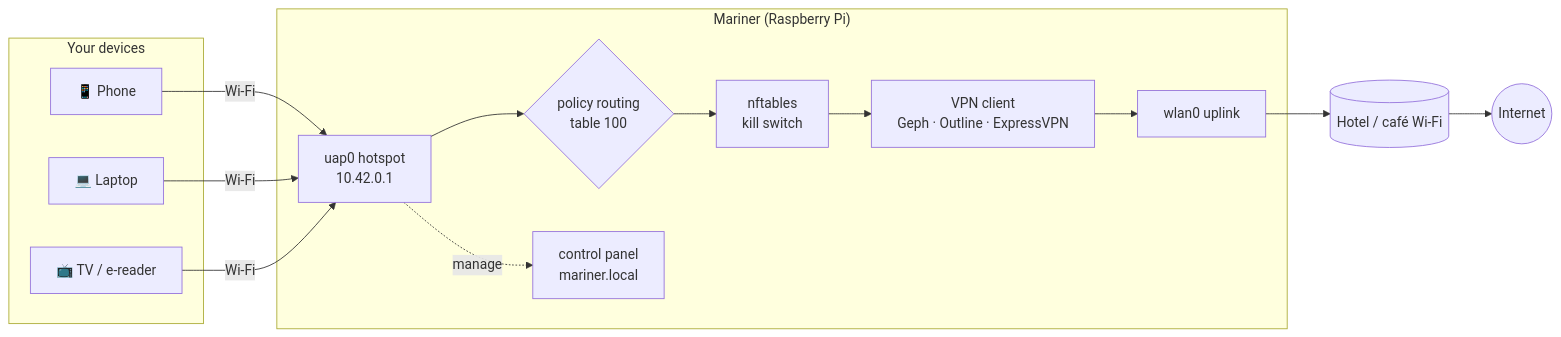
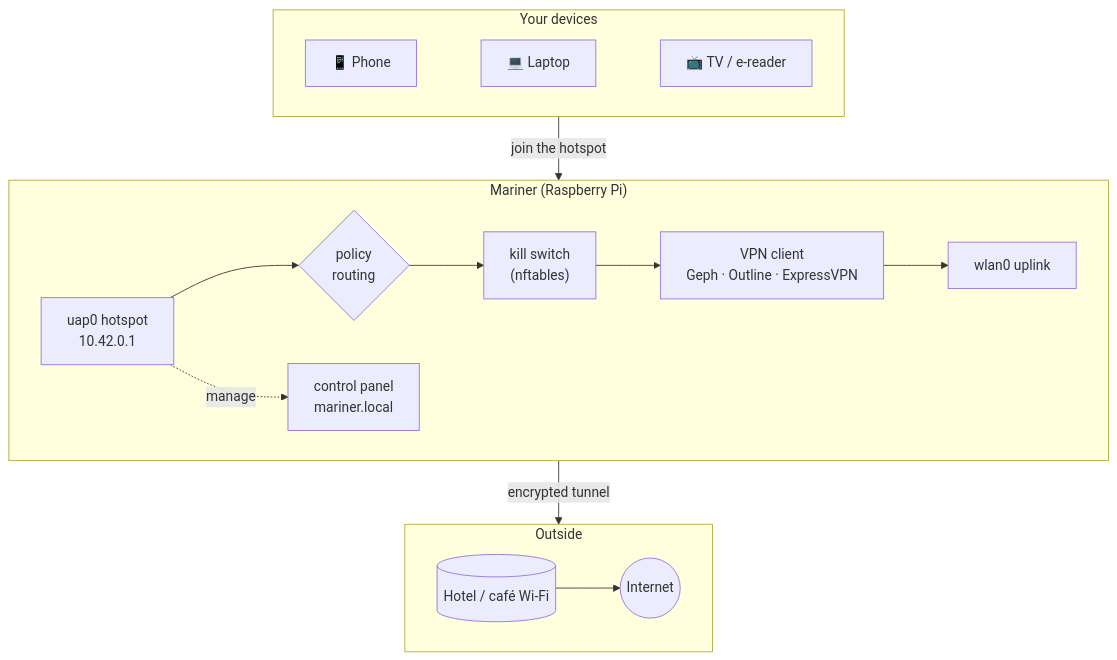
Before and after one commit to Jotspot/mariner: the first of 4 diagrams in README.md, drawn with Mermaid. The commit also changed other lines of this file and 8 other files, not shown here.

Commit message:
README: readable diagrams (no overlapping labels, compact overview, connected DNS path)

````diff
--- a/README.md
+++ b/README.md
@@ -145,25 +145,21 @@
 ```mermaid
-flowchart LR
+flowchart TB
     subgraph you["Your devices"]
-        P[📱 Phone]
-        L[💻 Laptop]
-        T[📺 TV / e-reader]
+        direction LR
+        P["📱 Phone"] ~~~ L["💻 Laptop"] ~~~ T["📺 TV / e-reader"]
     end
 
     subgraph pi["Mariner (Raspberry Pi)"]
-        AP["uap0 hotspot<br/>10.42.0.1"]
-        R{"policy routing<br/>table 100"}
-        KS["nftables<br/>kill switch"]
-        VPN["VPN client<br/>Geph · Outline · ExpressVPN"]
-        UP["wlan0 uplink"]
-        UI["control panel<br/>mariner.local"]
+        direction LR
+        AP["uap0 hotspot<br/>10.42.0.1"] --> R{"policy<br/>routing"} --> KS["kill switch<br/>(nftables)"] --> VPN["VPN client<br/>Geph · Outline · ExpressVPN"] --> UP["wlan0 uplink"]
+        AP -. manage .-> UI["control panel<br/>mariner.local"]
     end
 
-    H[(Hotel / café Wi-Fi)]
-    I((Internet))
+    subgraph out["Outside"]
+        direction LR
+        H[("Hotel / café Wi-Fi")] --> I(("Internet"))
+    end
 
-    P & L & T -->|Wi-Fi| AP
-    AP --> R --> KS --> VPN --> UP
-    UP --> H --> I
-    AP -. manage .-> UI
+    you -->|"join the hotspot"| pi
+    pi -->|"encrypted tunnel"| out
 ```
````
